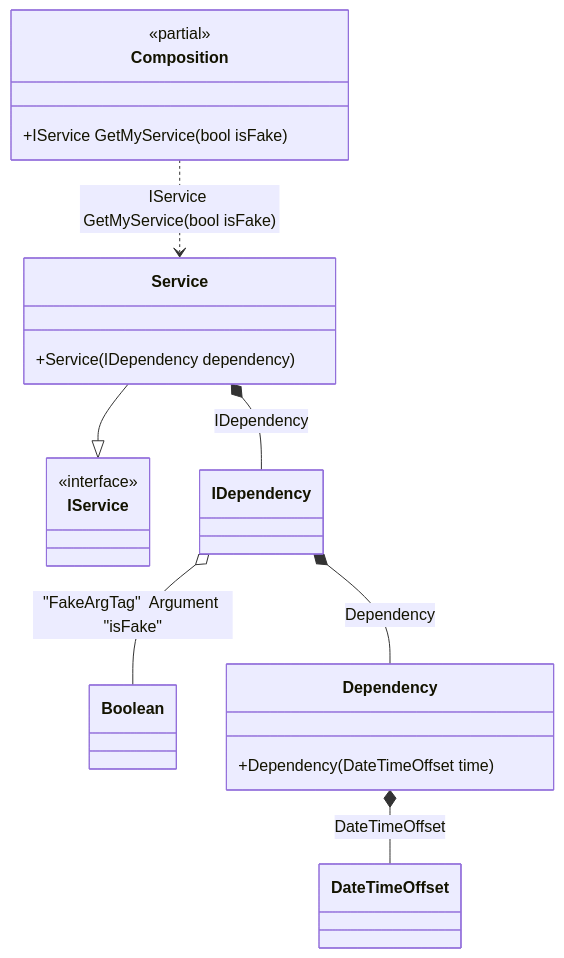
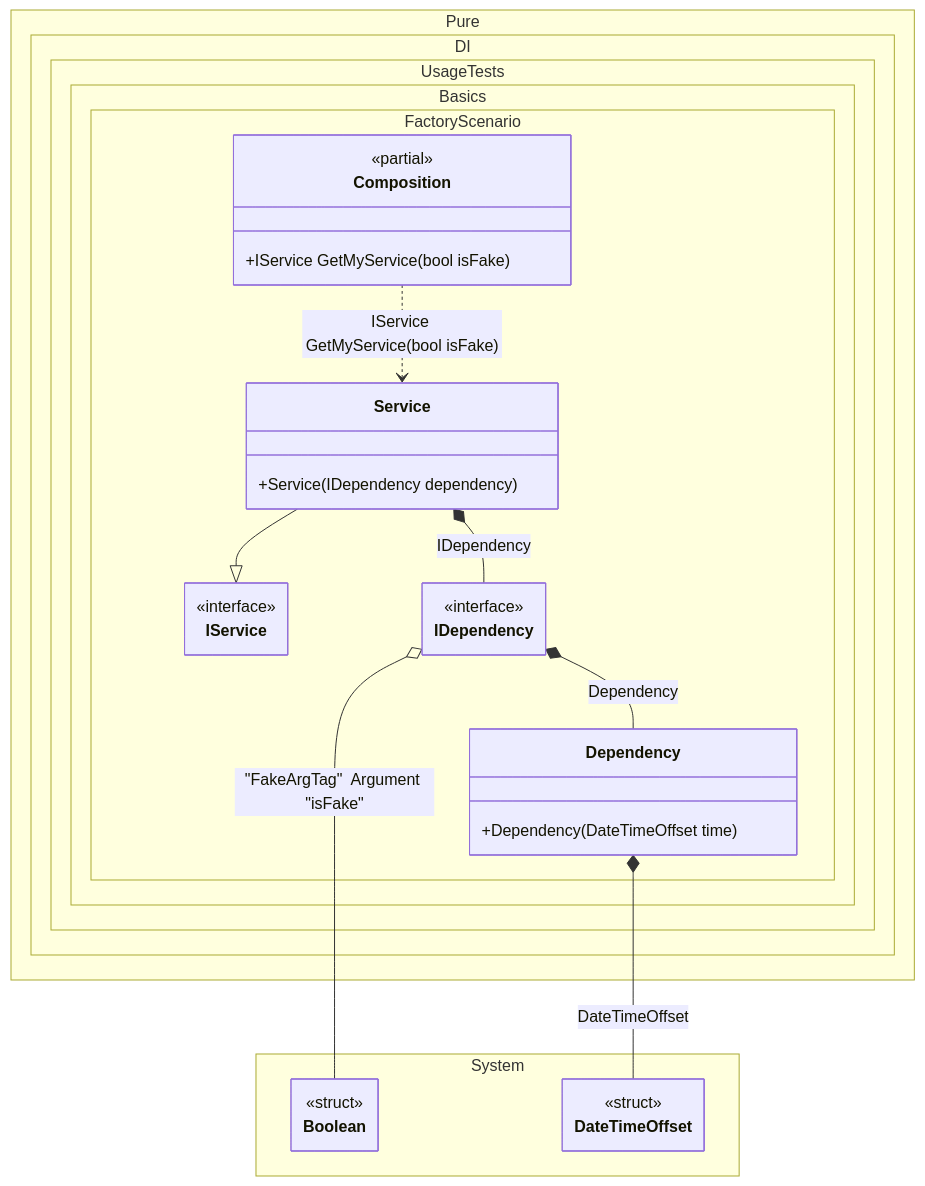
The diagram in readme/factory.md (DevTeam/Pure.DI), drawn with Mermaid before and after one commit. The commit also changed 103 other files, not shown here.

Commit message:
Improved class diagrams

````diff
--- a/readme/factory.md
+++ b/readme/factory.md
@@ -130,25 +130,40 @@
 ```mermaid
+---
+ config:
+  class:
+   hideEmptyMembersBox: true
+---
 classDiagram
-	class Composition {
-		<<partial>>
-		+IService GetMyService(bool isFake)
-	}
 	Service --|> IService
-	class Service {
-		+Service(IDependency dependency)
-	}
-	class IDependency
-	class Boolean
-	class Dependency {
-		+Dependency(DateTimeOffset time)
-	}
-	class DateTimeOffset
-	class IService {
-		<<interface>>
-	}
 	Composition ..> Service : IService GetMyService(bool isFake)
 	Service *--  IDependency : IDependency
 	IDependency o-- Boolean : "FakeArgTag"  Argument "isFake"
 	IDependency *--  Dependency : Dependency
 	Dependency *--  DateTimeOffset : DateTimeOffset
+	namespace Pure.DI.UsageTests.Basics.FactoryScenario {
+		class Composition {
+		<<partial>>
+		+IService GetMyService(bool isFake)
+		}
+		class Dependency {
+			+Dependency(DateTimeOffset time)
+		}
+		class IDependency {
+				<<interface>>
+		}
+		class IService {
+			<<interface>>
+		}
+		class Service {
+			+Service(IDependency dependency)
+		}
+	}
+	namespace System {
+		class Boolean {
+				<<struct>>
+		}
+		class DateTimeOffset {
+				<<struct>>
+		}
+	}
 ```
````
